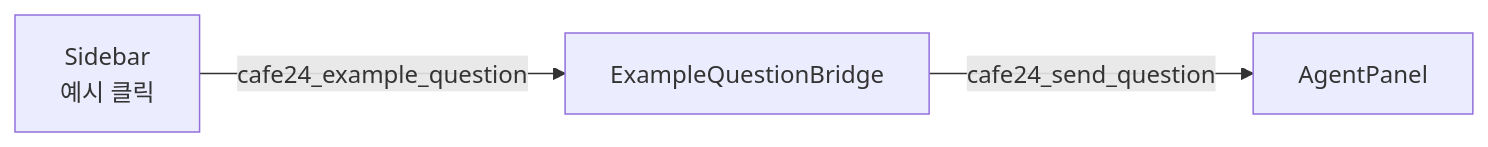
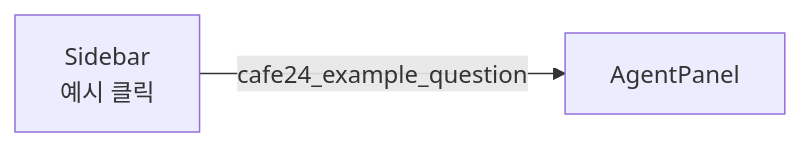
One commit to ASNGG/cafe24-demo changed diagram 12 of 15 in nextjs/README.md. Above: the diagram before and after it, drawn with Mermaid. The commit also changed other lines of this file and 57 other files, not shown here.

````diff
--- a/nextjs/README.md
+++ b/nextjs/README.md
@@ -1194,5 +1209,4 @@
 ```mermaid
 flowchart LR
-    S["Sidebar<br/>예시 클릭"] -->|"cafe24_example_question"| B["ExampleQuestionBridge"]
-    B -->|"cafe24_send_question"| A["AgentPanel"]
+    S["Sidebar<br/>예시 클릭"] -->|"cafe24_example_question"| A["AgentPanel"]
 ```
````
